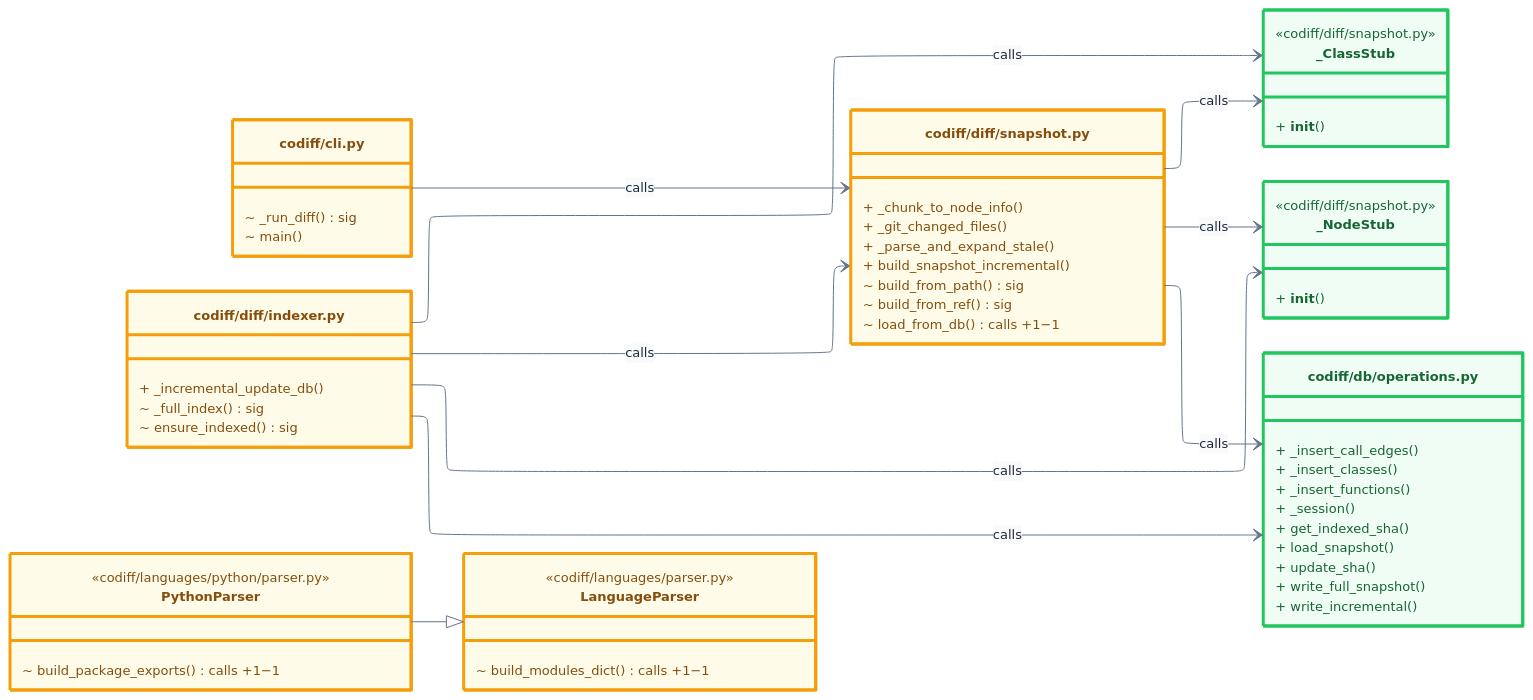
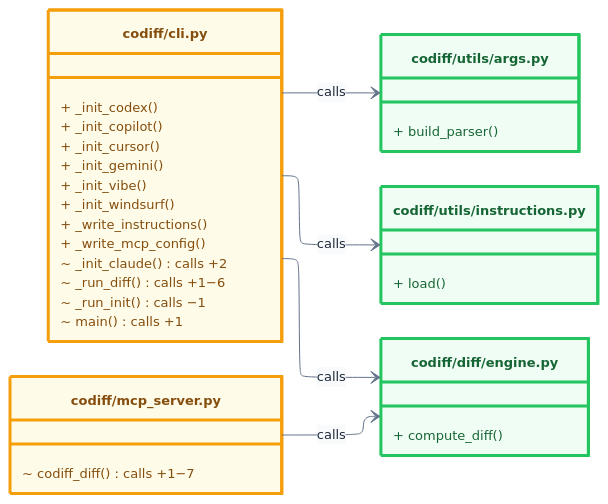
One commit to issahammoud/codiff changed the diagram in README.md. Above: the diagram before and after it, drawn with Mermaid.

Commit message:
docs: update README intro diagram to reflect current branch changes

````diff
--- a/README.md
+++ b/README.md
@@ -7,76 +7,48 @@
 ```mermaid
 %%{init: {'layout': 'elk', 'elk': {'direction': 'RIGHT'}, 'maxTextSize': 999999, 'theme': 'base', 'themeVariables': {'background': '#ffffff', 'clusterBkg': '#f8fafc', 'clusterBorder': '#94a3b8', 'primaryColor': '#f8fafc', 'primaryBorderColor': '#94a3b8', 'primaryTextColor': '#1e293b', 'lineColor': '#64748b', 'fontSize': '13px', 'fontFamily': 'ui-monospace, SFMono-Regular, Menlo, monospace'}}}%%
 classDiagram
     direction LR
 
-    class n5["codiff/cli.py"] {
-        ~ _run_diff()  sig
-        ~ main()
+    class n0["codiff/cli.py"] {
+        + _init_codex()
+        + _init_copilot()
+        + _init_cursor()
+        + _init_gemini()
+        + _init_vibe()
+        + _init_windsurf()
+        + _write_instructions()
+        + _write_mcp_config()
+        ~ _init_claude()  calls +2
+        ~ _run_diff()  calls +1−6
+        ~ _run_init()  calls −1
+        ~ main()  calls +1
     }
 
-    class n7["codiff/diff/indexer.py"] {
-        + _incremental_update_db()
-        ~ _full_index()  sig
-        ~ ensure_indexed()  sig
+    class n2["codiff/mcp_server.py"] {
+        ~ codiff_diff()  calls +1−7
     }
 
-    class n3["PythonParser"] {
-        <<codiff/languages/python/parser.py>>
-        ~ build_package_exports()  calls +1−1
+    class n3["codiff/utils/args.py"] {
+        + build_parser()
     }
 
-    class n8["codiff/diff/snapshot.py"] {
-        + _chunk_to_node_info()
-        + _git_changed_files()
-        + _parse_and_expand_stale()
-        + build_snapshot_incremental()
-        ~ build_from_path()  sig
-        ~ build_from_ref()  sig
-        ~ load_from_db()  calls +1−1
-    }
-    class n0["_ClassStub"] {
-        <<codiff/diff/snapshot.py>>
-        + __init__()
-    }
-    class n1["_NodeStub"] {
-        <<codiff/diff/snapshot.py>>
-        + __init__()
+    class n4["codiff/utils/instructions.py"] {
+        + load()
     }
 
-    class n2["LanguageParser"] {
-        <<codiff/languages/parser.py>>
-        ~ build_modules_dict()  calls +1−1
+    class n1["codiff/diff/engine.py"] {
+        + compute_diff()
     }
 
-    class n6["codiff/db/operations.py"] {
-        + _insert_call_edges()
-        + _insert_classes()
-        + _insert_functions()
-        + _session()
-        + get_indexed_sha()
-        + load_snapshot()
-        + update_sha()
-        + write_full_snapshot()
-        + write_incremental()
-    }
-
-    style n5 fill:#fefce8,color:#854d0e,stroke:#f59e0b,stroke-width:3px
-    style n7 fill:#fefce8,color:#854d0e,stroke:#f59e0b,stroke-width:3px
-    style n3 fill:#fefce8,color:#854d0e,stroke:#f59e0b,stroke-width:3px
-    style n8 fill:#fefce8,color:#854d0e,stroke:#f59e0b,stroke-width:3px
-    style n0 fill:#f0fdf4,color:#166534,stroke:#22c55e,stroke-width:3px
+    style n0 fill:#fefce8,color:#854d0e,stroke:#f59e0b,stroke-width:3px
+    style n2 fill:#fefce8,color:#854d0e,stroke:#f59e0b,stroke-width:3px
+    style n3 fill:#f0fdf4,color:#166534,stroke:#22c55e,stroke-width:3px
+    style n4 fill:#f0fdf4,color:#166534,stroke:#22c55e,stroke-width:3px
     style n1 fill:#f0fdf4,color:#166534,stroke:#22c55e,stroke-width:3px
-    style n2 fill:#fefce8,color:#854d0e,stroke:#f59e0b,stroke-width:3px
-    style n6 fill:#f0fdf4,color:#166534,stroke:#22c55e,stroke-width:3px
 
     %% Relationships
-    n3 --|> n2
-    n5 --> n8 : calls
-    n7 --> n0 : calls
-    n7 --> n1 : calls
-    n7 --> n6 : calls
-    n7 --> n8 : calls
-    n8 --> n0 : calls
-    n8 --> n1 : calls
-    n8 --> n6 : calls
+    n0 --> n1 : calls
+    n0 --> n3 : calls
+    n0 --> n4 : calls
+    n2 --> n1 : calls
 ```
````
